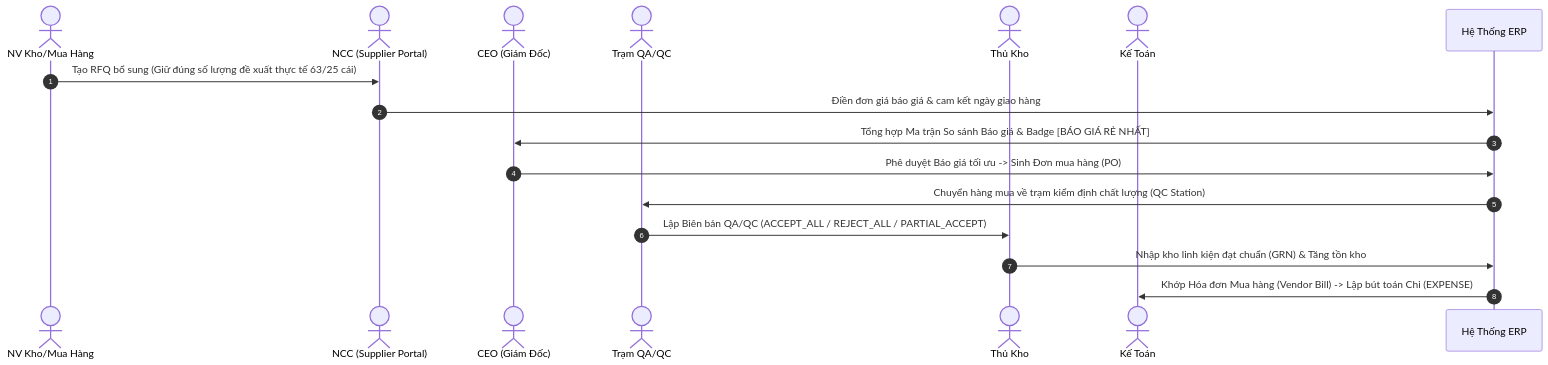
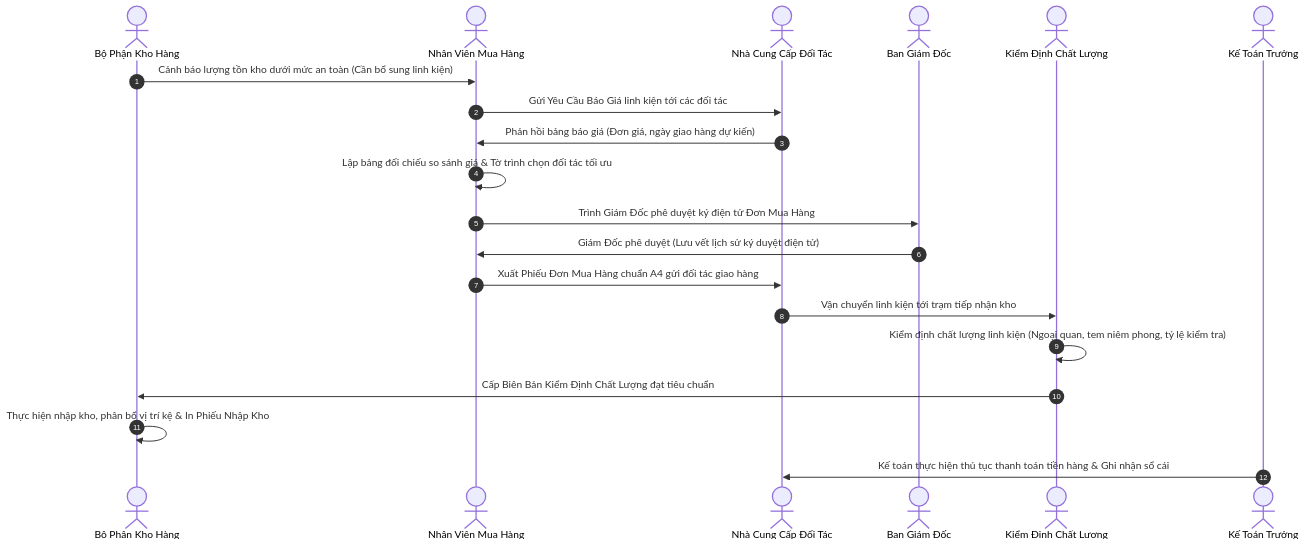
Before and after one commit to CauBeHayBun/KLTN_ERP: the first of 2 diagrams in README.md, drawn with Mermaid. The commit also changed other lines of this file and 11 other files, not shown here.

````diff
--- a/README.md
+++ b/README.md
@@ -132,19 +81,23 @@
 ```mermaid
 sequenceDiagram
     autonumber
-    actor NV Kho/Mua Hàng
-    actor NCC (Supplier Portal)
-    actor CEO (Giám Đốc)
-    actor Trạm QA/QC
-    actor Thủ Kho
-    actor Kế Toán
+    actor W as Bộ Phận Kho Hàng
+    actor P as Nhân Viên Mua Hàng
+    actor S as Nhà Cung Cấp Đối Tác
+    actor C as Ban Giám Đốc
+    actor Q as Kiểm Định Chất Lượng
+    actor A as Kế Toán Trưởng
 
-    NV Kho/Mua Hàng->>NCC (Supplier Portal): Tạo RFQ bổ sung (Giữ đúng số lượng đề xuất thực tế 63/25 cái)
-    NCC (Supplier Portal)->>Hệ Thống ERP: Điền đơn giá báo giá & cam kết ngày giao hàng
-    Hệ Thống ERP->>CEO (Giám Đốc): Tổng hợp Ma trận So sánh Báo giá & Badge [BÁO GIÁ RẺ NHẤT]
-    CEO (Giám Đốc)->>Hệ Thống ERP: Phê duyệt Báo giá tối ưu -> Sinh Đơn mua hàng (PO)
-    Hệ Thống ERP->>Trạm QA/QC: Chuyển hàng mua về trạm kiểm định chất lượng (QC Station)
-    Trạm QA/QC->>Thủ Kho: Lập Biên bản QA/QC (ACCEPT_ALL / REJECT_ALL / PARTIAL_ACCEPT)
-    Thủ Kho->>Hệ Thống ERP: Nhập kho linh kiện đạt chuẩn (GRN) & Tăng tồn kho
-    Hệ Thống ERP->>Kế Toán: Khớp Hóa đơn Mua hàng (Vendor Bill) -> Lập bút toán Chi (EXPENSE)
+    W->>P: Cảnh báo lượng tồn kho dưới mức an toàn (Cần bổ sung linh kiện)
+    P->>S: Gửi Yêu Cầu Báo Giá linh kiện tới các đối tác
+    S->>P: Phản hồi bảng báo giá (Đơn giá, ngày giao hàng dự kiến)
+    P->>P: Lập bảng đối chiếu so sánh giá & Tờ trình chọn đối tác tối ưu
+    P->>C: Trình Giám Đốc phê duyệt ký điện tử Đơn Mua Hàng
+    C->>P: Giám Đốc phê duyệt (Lưu vết lịch sử ký duyệt điện tử)
+    P->>S: Xuất Phiếu Đơn Mua Hàng chuẩn A4 gửi đối tác giao hàng
+    S->>Q: Vận chuyển linh kiện tới trạm tiếp nhận kho
+    Q->>Q: Kiểm định chất lượng linh kiện (Ngoại quan, tem niêm phong, tỷ lệ kiểm tra)
+    Q->>W: Cấp Biên Bản Kiểm Định Chất Lượng đạt tiêu chuẩn
+    W->>W: Thực hiện nhập kho, phân bổ vị trí kệ & In Phiếu Nhập Kho
+    A->>S: Kế toán thực hiện thủ tục thanh toán tiền hàng & Ghi nhận sổ cái
 ```
````
